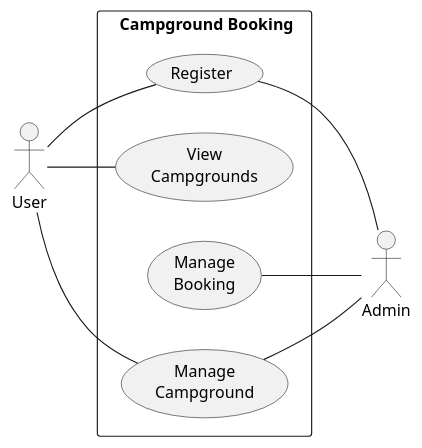
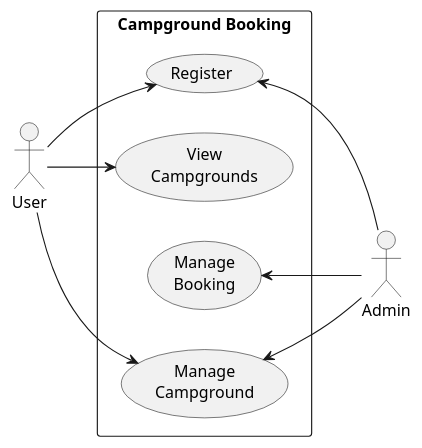
The diagram in Diagram/Use case diagram/UseCaseDiagram.puml (thamthorn/Campground-Backend), drawn with PlantUML before and after one commit.

Commit message:
change diagram

```diff
--- a/Diagram/Use case diagram/UseCaseDiagram.puml
+++ b/Diagram/Use case diagram/UseCaseDiagram.puml
@@ -1,20 +1,22 @@
 @startuml  Campground Booking Use Case Diagram
 left to right direction
+
 actor "User" as user
-rectangle " Campground Booking" as  CampgroundBooking {    
+
+actor "Admin" as admin
+rectangle "Campground Booking" as CampgroundBooking {    
     usecase "Register" as register
     usecase "View\nCampgrounds" as viewCampgrounds
     usecase "Manage\nBooking" as manageBooking
     usecase "Manage\nCampground" as manageCampground
 }
 
-user -- register
-user -- viewCampgrounds
-user -- manageCampground
+user --> register
+user --> viewCampgrounds
+user --> manageCampground
 
-actor "Admin" as admin
-register -- admin
-manageCampground -- admin
-manageBooking -- admin
+register <-- admin
+manageCampground <-- admin
+manageBooking <-- admin
 
 @enduml
```
